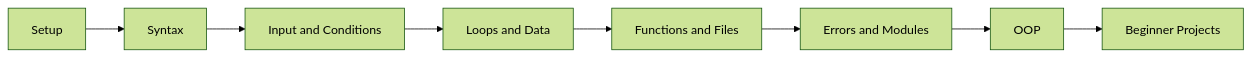
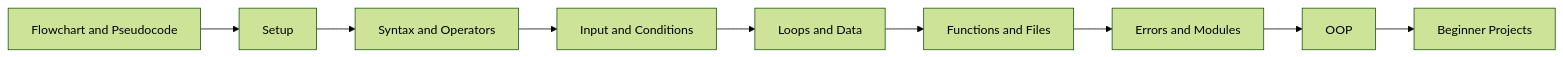
The diagram in docs/index.md (tantaihaha4487/python101), drawn with Mermaid (forest theme) before and after one commit. The commit also changed other lines of this file and 9 other files, not shown here.

````diff
--- a/docs/index.md
+++ b/docs/index.md
@@ -72,10 +72,11 @@
 ```mermaid
 flowchart LR
-  A["Setup"] --> B["Syntax"]
-  B --> C["Input and Conditions"]
-  C --> D["Loops and Data"]
-  D --> E["Functions and Files"]
-  E --> F["Errors and Modules"]
-  F --> G["OOP"]
-  G --> H["Beginner Projects"]
+  A["Flowchart and Pseudocode"] --> B["Setup"]
+  B --> C["Syntax and Operators"]
+  C --> D["Input and Conditions"]
+  D --> E["Loops and Data"]
+  E --> F["Functions and Files"]
+  F --> G["Errors and Modules"]
+  G --> H["OOP"]
+  H --> I["Beginner Projects"]
 ```
````
